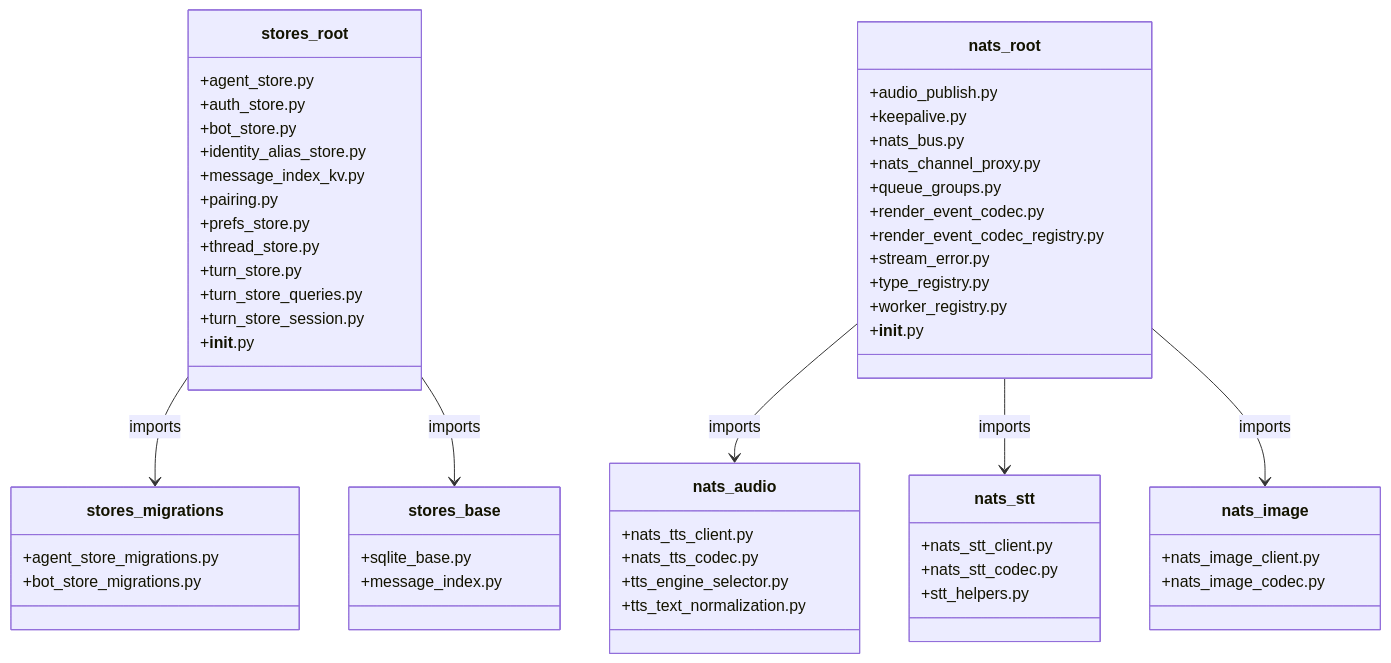
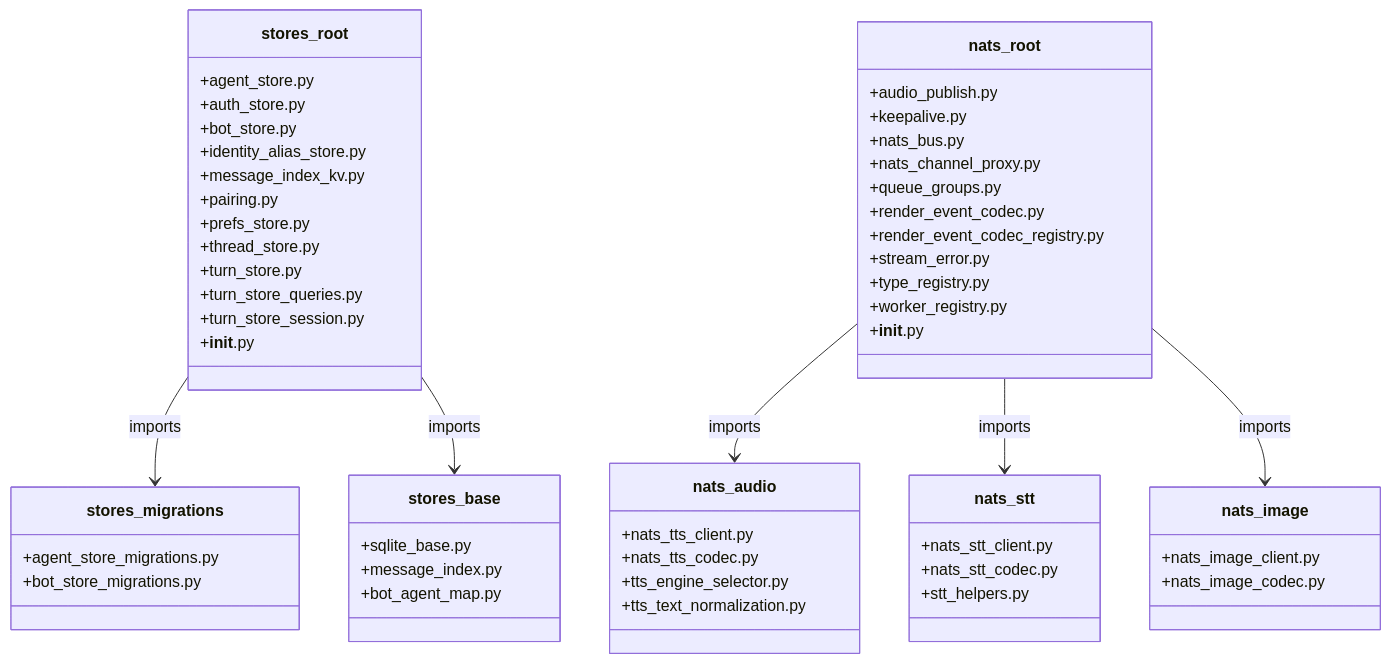
Before and after one commit to Roxabi/lyra: the diagram in artifacts/specs/1595-refactor-folder-reorg-infrastructure-stores-nats-subpackages-spec.mdx, drawn with Mermaid. The commit also changed other lines of this file, not shown here.

Commit message:
docs(spec): #1595 fix spec — add bot_agent_map, test imports, out of scope

````diff
--- a/artifacts/specs/1595-refactor-folder-reorg-infrastructure-stores-nats-subpackages-spec.mdx
+++ b/artifacts/specs/1595-refactor-folder-reorg-infrastructure-stores-nats-subpackages-spec.mdx
@@ -43,60 +52,61 @@
 ```mermaid
 classDiagram
     direction TB
     class stores_root {
         +agent_store.py
         +auth_store.py
         +bot_store.py
         +identity_alias_store.py
         +message_index_kv.py
         +pairing.py
         +prefs_store.py
         +thread_store.py
         +turn_store.py
         +turn_store_queries.py
         +turn_store_session.py
         +__init__.py
     }
     class stores_migrations {
         +agent_store_migrations.py
         +bot_store_migrations.py
     }
     class stores_base {
         +sqlite_base.py
         +message_index.py
+        +bot_agent_map.py
     }
     class nats_root {
         +audio_publish.py
         +keepalive.py
         +nats_bus.py
         +nats_channel_proxy.py
         +queue_groups.py
         +render_event_codec.py
         +render_event_codec_registry.py
         +stream_error.py
         +type_registry.py
         +worker_registry.py
         +__init__.py
     }
     class nats_audio {
         +nats_tts_client.py
         +nats_tts_codec.py
         +tts_engine_selector.py
         +tts_text_normalization.py
     }
     class nats_stt {
         +nats_stt_client.py
         +nats_stt_codec.py
         +stt_helpers.py
     }
     class nats_image {
         +nats_image_client.py
         +nats_image_codec.py
     }
 
     stores_root --> stores_migrations : imports
     stores_root --> stores_base : imports
     nats_root --> nats_audio : imports
     nats_root --> nats_stt : imports
     nats_root --> nats_image : imports
 ```
````
